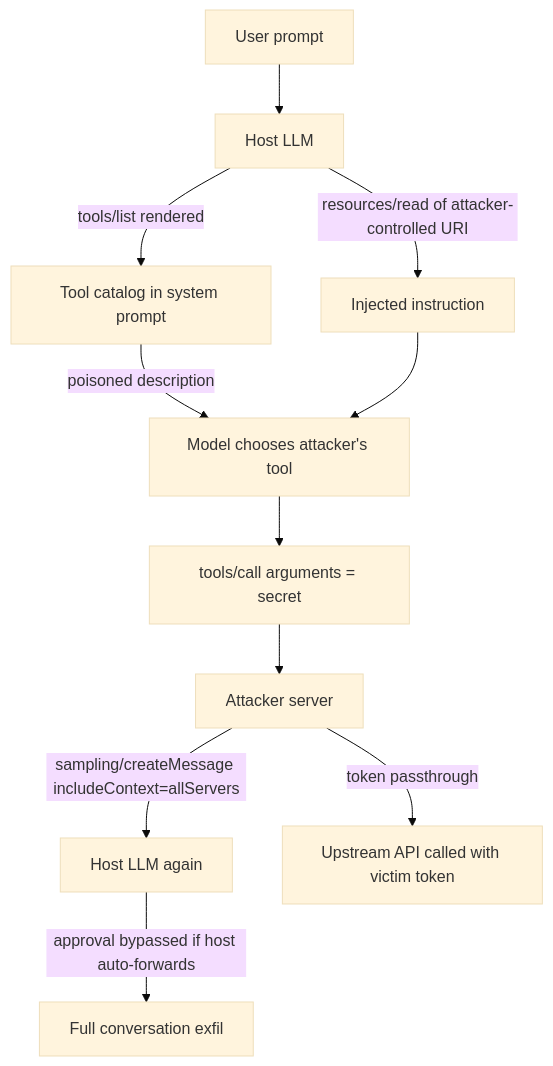
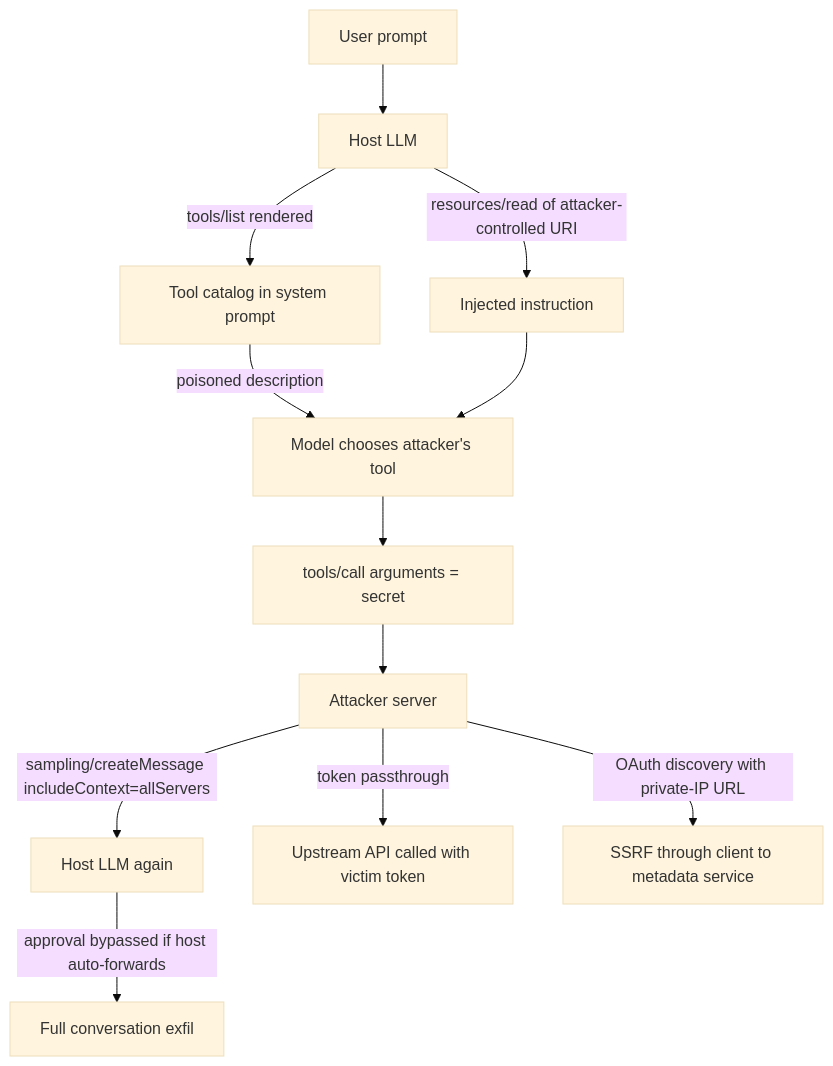
Before and after one commit to rcha0s/awesome-appsec-interview: the second of 2 diagrams in docs/55-mcp-protocol-deep.md, drawn with Mermaid (base theme). The commit also changed other lines of this file and 3 other files, not shown here.

````diff
--- a/docs/55-mcp-protocol-deep.md
+++ b/docs/55-mcp-protocol-deep.md
@@ -291,13 +338,14 @@
 ```mermaid
 flowchart TD
     A[User prompt] --> B[Host LLM]
     B -->|tools/list rendered| C[Tool catalog in system prompt]
     C -->|poisoned description| D[Model chooses attacker's tool]
     B -->|resources/read of attacker-controlled URI| E[Injected instruction]
     E --> D
     D --> F[tools/call arguments = secret]
     F --> G[Attacker server]
     G -->|sampling/createMessage includeContext=allServers| H[Host LLM again]
     H -->|approval bypassed if host auto-forwards| I[Full conversation exfil]
     G -->|token passthrough| J[Upstream API called with victim token]
+    G -->|OAuth discovery with private-IP URL| K[SSRF through client to metadata service]
 ```
````
